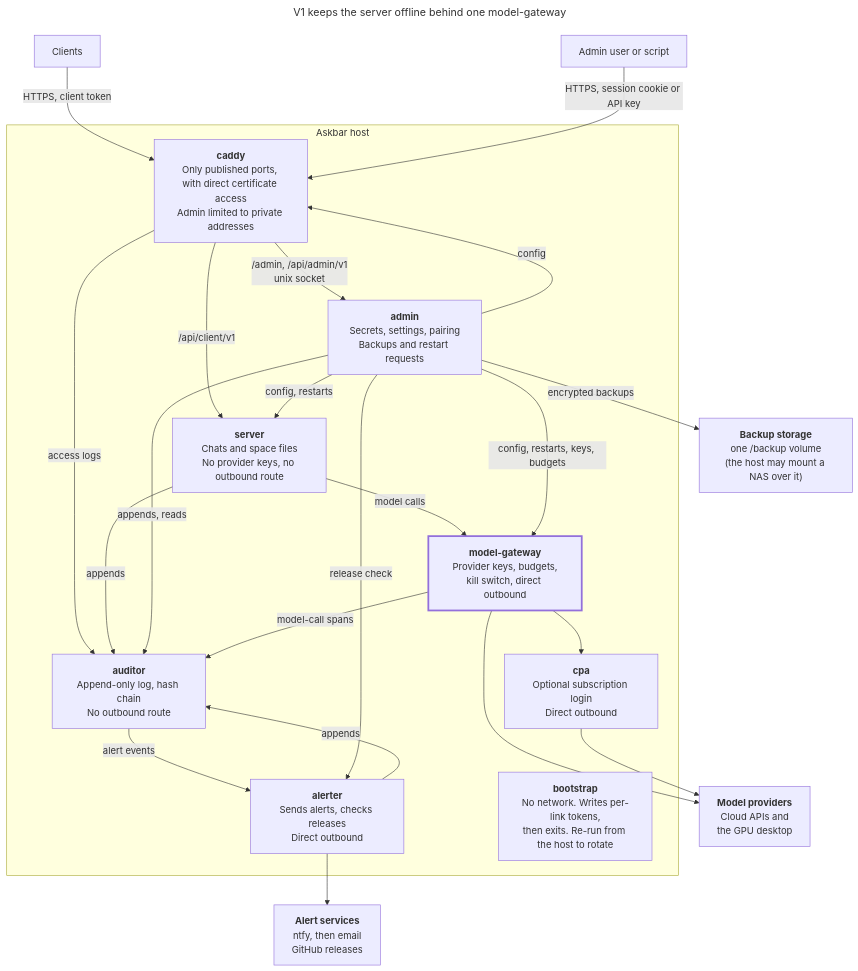
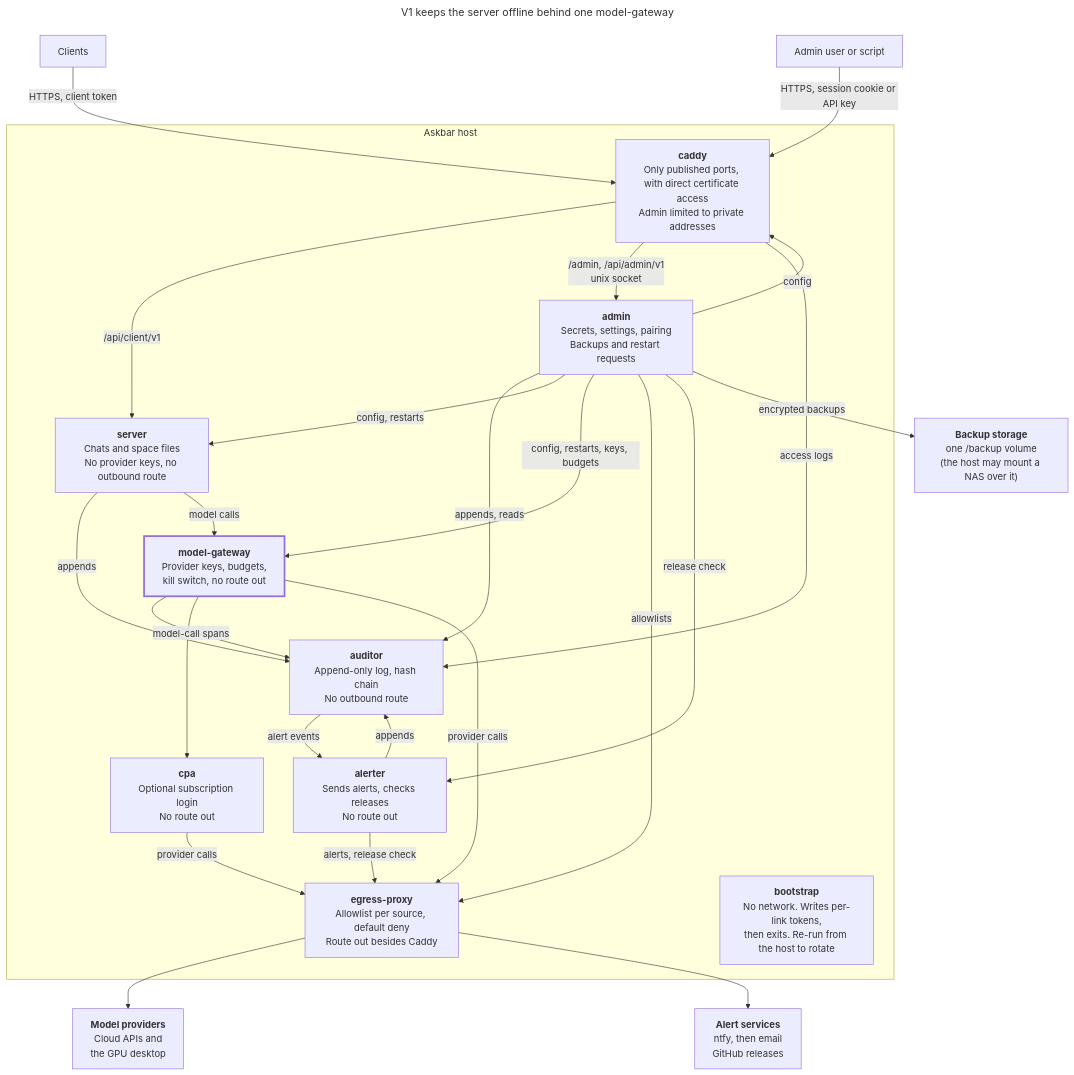
One commit to Thewuuryar/askbar changed the diagram in docs/guide.md. Above: the diagram before and after it, drawn with Mermaid. The commit also changed other lines of this file and 4 other files, not shown here.

First line of the commit message:
docs(docs): update the architecture network table and diagram

````diff
--- a/docs/guide.md
+++ b/docs/guide.md
@@ -31,47 +31,51 @@
 ```mermaid
 ---
 title: V1 keeps the server offline behind one model-gateway
 ---
 flowchart TB
     clients["Clients"]
     adminUser["Admin user or script"]
 
     subgraph host["Askbar host"]
         caddy["<b>caddy</b><br/>Only published ports, with direct certificate access<br/>Admin limited to private addresses"]
         server["<b>server</b><br/>Chats and space files<br/>No provider keys, no outbound route"]
         auditor["<b>auditor</b><br/>Append-only log, hash chain<br/>No outbound route"]
         admin["<b>admin</b><br/>Secrets, settings, pairing<br/>Backups and restart requests"]
-        modelGateway["<b>model-gateway</b><br/>Provider keys, budgets,<br/>kill switch, direct outbound"]
-        cpa["<b>cpa</b><br/>Optional subscription login<br/>Direct outbound"]
-        alerter["<b>alerter</b><br/>Sends alerts, checks releases<br/>Direct outbound"]
+        modelGateway["<b>model-gateway</b><br/>Provider keys, budgets,<br/>kill switch, no route out"]
+        cpa["<b>cpa</b><br/>Optional subscription login<br/>No route out"]
+        alerter["<b>alerter</b><br/>Sends alerts, checks releases<br/>No route out"]
+        egressProxy["<b>egress-proxy</b><br/>Allowlist per source, default deny<br/>Route out besides Caddy"]
         bootstrap["<b>bootstrap</b><br/>No network. Writes per-link tokens,<br/>then exits. Re-run from the host to rotate"]
     end
 
     providers["<b>Model providers</b><br/>Cloud APIs and<br/>the GPU desktop"]
     alerts["<b>Alert services</b><br/>ntfy, then email<br/>GitHub releases"]
     backup["<b>Backup storage</b><br/>one /backup volume<br/>(the host may mount a NAS over it)"]
 
     clients -->|"HTTPS, client token"| caddy
     adminUser -->|"HTTPS, session cookie or API key"| caddy
     caddy -->|"/api/client/v1"| server
     caddy -->|"/admin, /api/admin/v1<br/>unix socket"| admin
     admin -->|"config"| caddy
     caddy -->|"access logs"| auditor
     server -->|"appends"| auditor
     admin -->|"appends, reads"| auditor
     modelGateway -->|"model-call spans"| auditor
     alerter -->|"appends"| auditor
     server -->|"model calls"| modelGateway
     admin -->|"config, restarts"| server
     admin -->|"config, restarts, keys, budgets"| modelGateway
     modelGateway --> cpa
-    modelGateway --> providers
-    cpa --> providers
+    modelGateway -->|"provider calls"| egressProxy
+    cpa -->|"provider calls"| egressProxy
+    admin -->|"allowlists"| egressProxy
+    egressProxy --> providers
     auditor -->|"alert events"| alerter
     admin -->|"release check"| alerter
-    alerter --> alerts
+    alerter -->|"alerts, release check"| egressProxy
+    egressProxy --> alerts
     admin -->|"encrypted backups"| backup
 
     classDef key stroke-width:3px
     class modelGateway key
 ```
````
